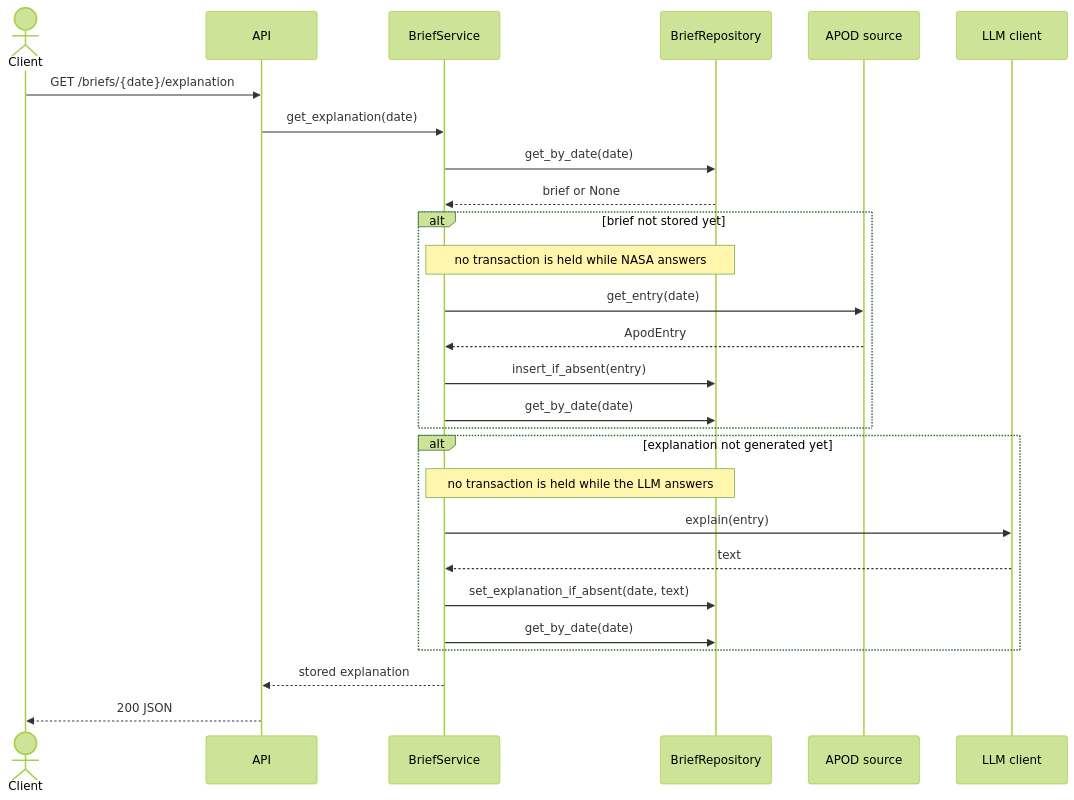
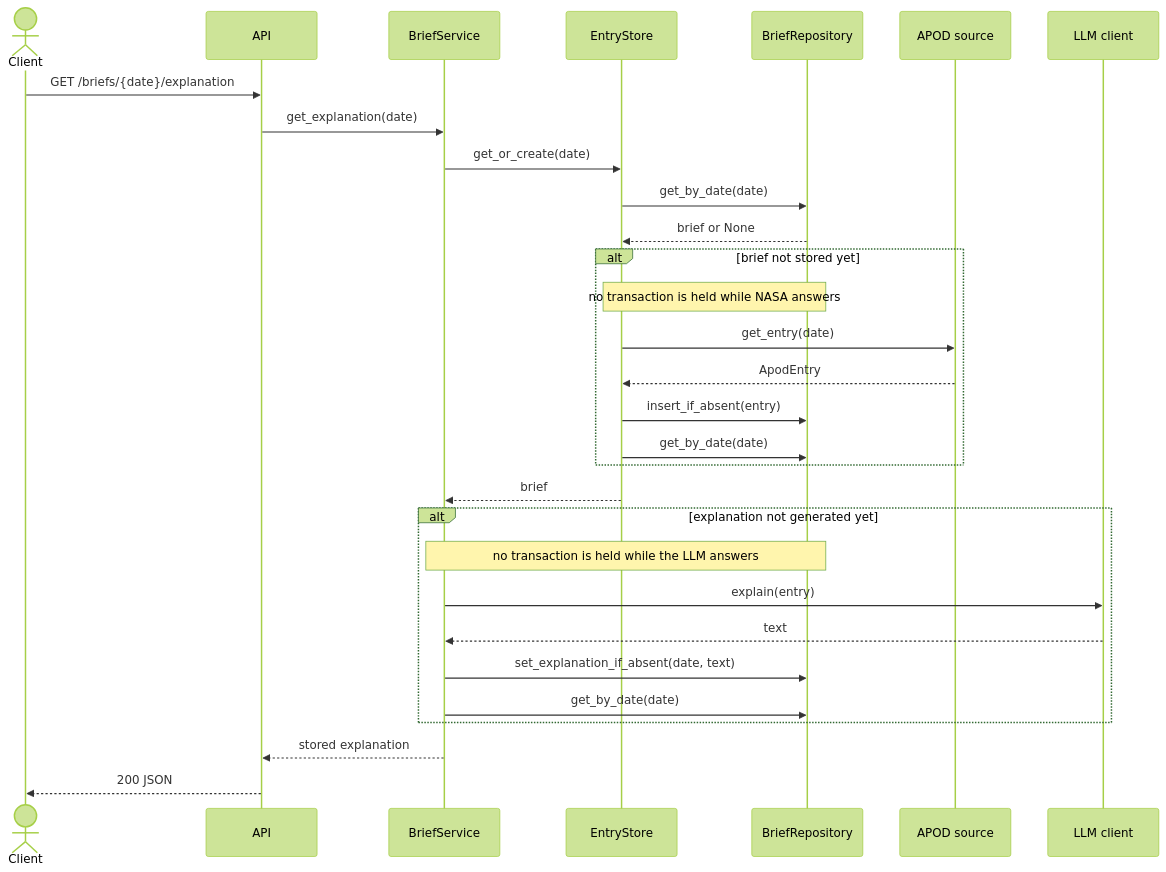
Before and after one commit to OstapchukIryna/astronomy-brief: the third of 3 diagrams in README.md, drawn with Mermaid (forest theme). The commit also changed other lines of this file, not shown here.

Commit message:
docs: update the architecture diagrams

````diff
--- a/README.md
+++ b/README.md
@@ -78,30 +84,33 @@
 ```mermaid
 sequenceDiagram
     actor U as Client
     participant A as API
     participant S as BriefService
+    participant E as EntryStore
     participant R as BriefRepository
     participant N as APOD source
     participant L as LLM client
 
     U->>A: GET /briefs/{date}/explanation
     A->>S: get_explanation(date)
-    S->>R: get_by_date(date)
-    R-->>S: brief or None
+    S->>E: get_or_create(date)
+    E->>R: get_by_date(date)
+    R-->>E: brief or None
     alt brief not stored yet
-        Note over S,R: no transaction is held while NASA answers
-        S->>N: get_entry(date)
-        N-->>S: ApodEntry
-        S->>R: insert_if_absent(entry)
-        S->>R: get_by_date(date)
+        Note over E,R: no transaction is held while NASA answers
+        E->>N: get_entry(date)
+        N-->>E: ApodEntry
+        E->>R: insert_if_absent(entry)
+        E->>R: get_by_date(date)
     end
+    E-->>S: brief
     alt explanation not generated yet
         Note over S,R: no transaction is held while the LLM answers
         S->>L: explain(entry)
         L-->>S: text
         S->>R: set_explanation_if_absent(date, text)
         S->>R: get_by_date(date)
     end
     S-->>A: stored explanation
     A-->>U: 200 JSON
 ```
````
